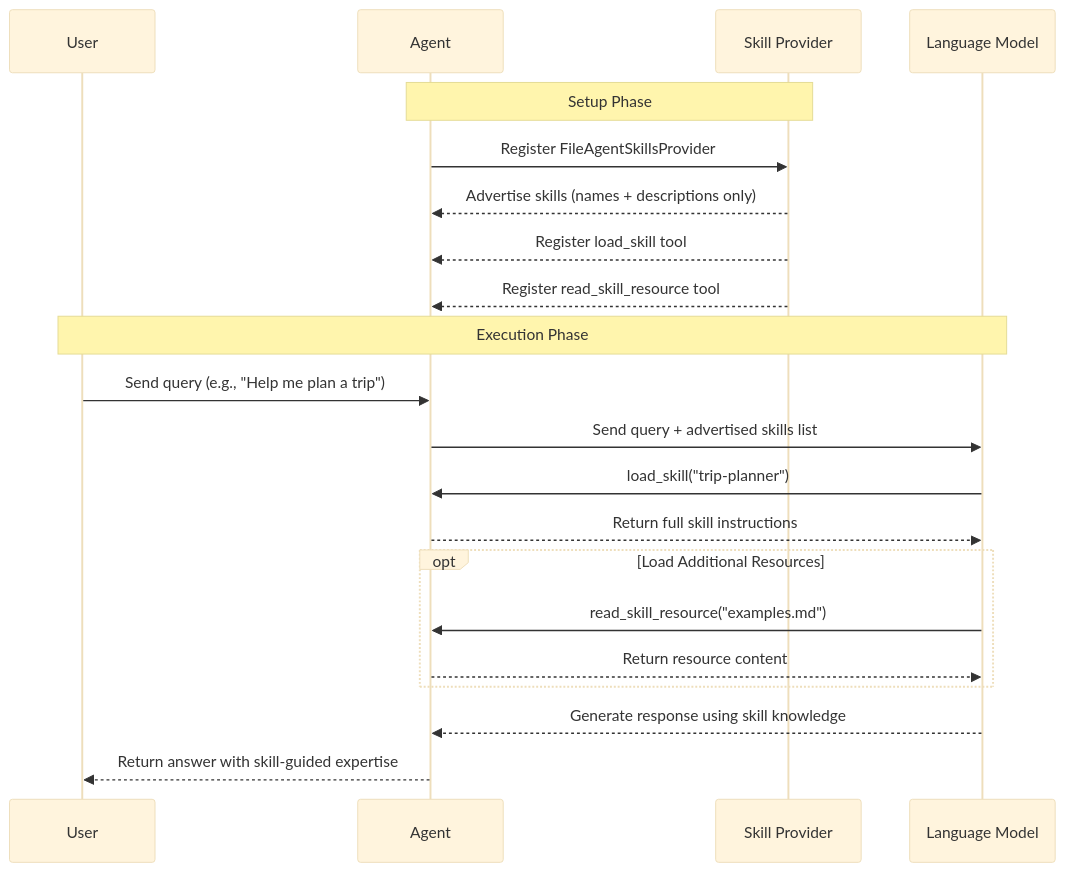
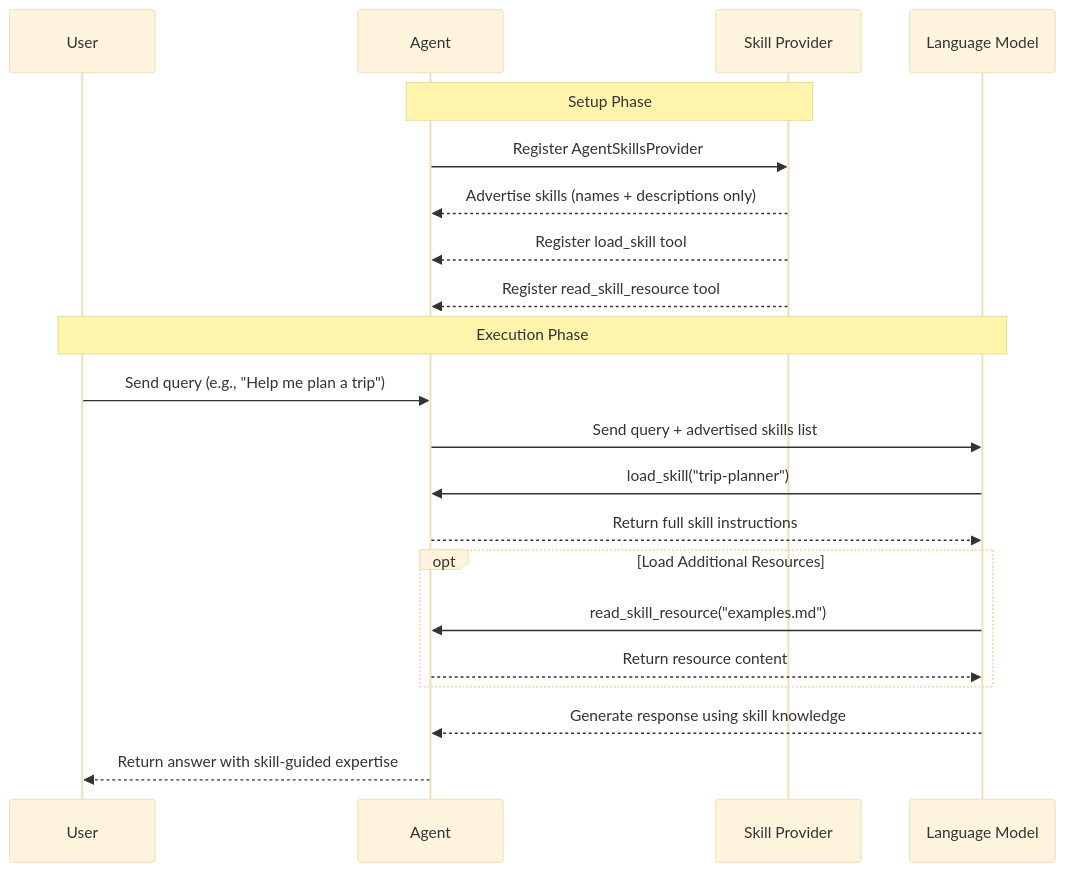
Before and after one commit to binarytrails-ai/aigenius-maf-travel-assistant: the diagram in labs/00-foundations/lab03-skills/README.md, drawn with Mermaid (base theme). The commit also changed other lines of this file and 4 other files, not shown here.

Commit message:
rename FileAgentSkillsProvider to AgentSkillsProvider

````diff
--- a/labs/00-foundations/lab03-skills/README.md
+++ b/labs/00-foundations/lab03-skills/README.md
@@ -88,25 +88,25 @@
 ```mermaid
 sequenceDiagram
     participant User
     participant Agent
     participant Skill Provider
     participant Language Model
 
     Note over Agent,Skill Provider: Setup Phase
-    Agent->>Skill Provider: Register FileAgentSkillsProvider
+    Agent->>Skill Provider: Register AgentSkillsProvider
     Skill Provider-->>Agent: Advertise skills (names + descriptions only)
     Skill Provider-->>Agent: Register load_skill tool
     Skill Provider-->>Agent: Register read_skill_resource tool
 
     Note over User,Language Model: Execution Phase
     User->>Agent: Send query (e.g., "Help me plan a trip")
     Agent->>Language Model: Send query + advertised skills list
     Language Model->>Agent: load_skill("trip-planner")
     Agent-->>Language Model: Return full skill instructions
     opt Load Additional Resources
         Language Model->>Agent: read_skill_resource("examples.md")
         Agent-->>Language Model: Return resource content
     end
     Language Model-->>Agent: Generate response using skill knowledge
     Agent-->>User: Return answer with skill-guided expertise
 ```
````
